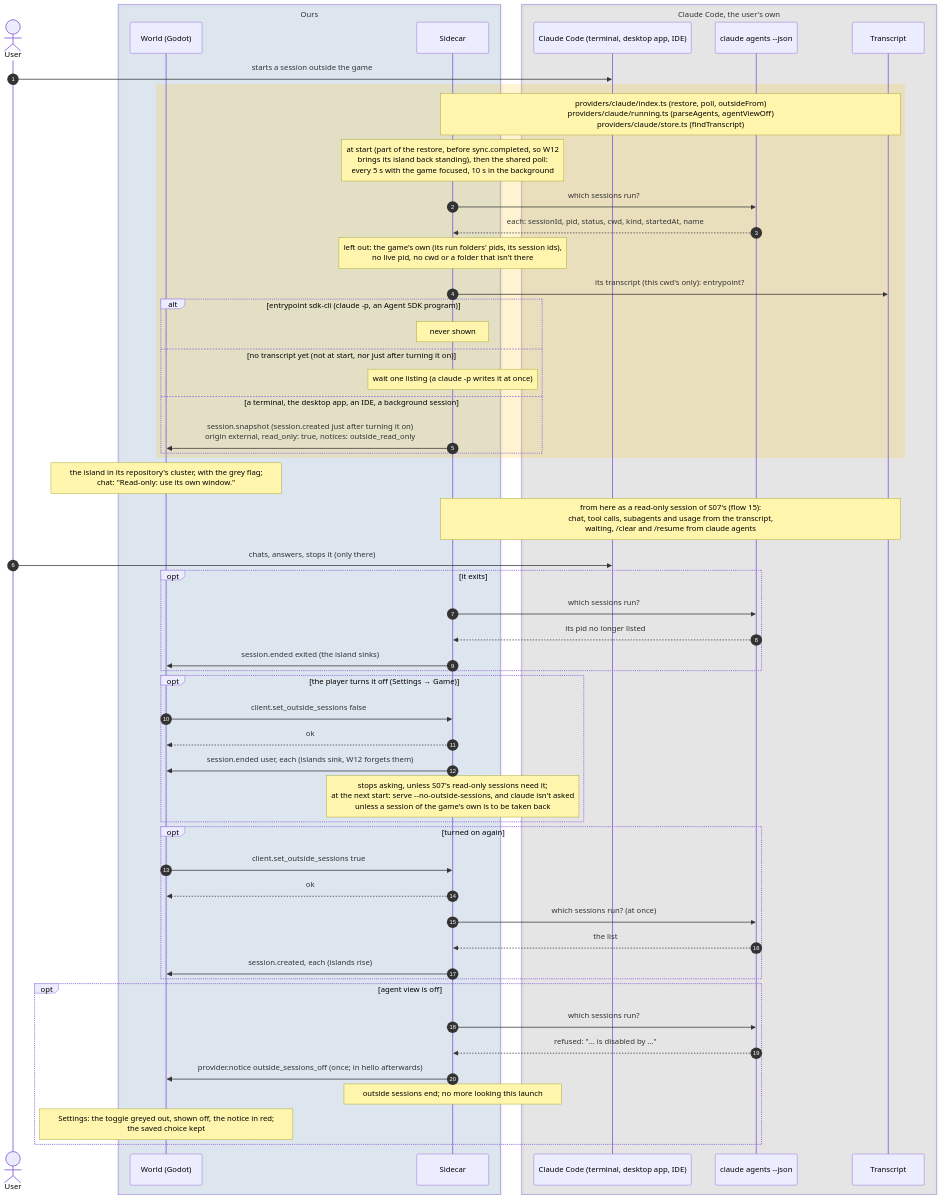
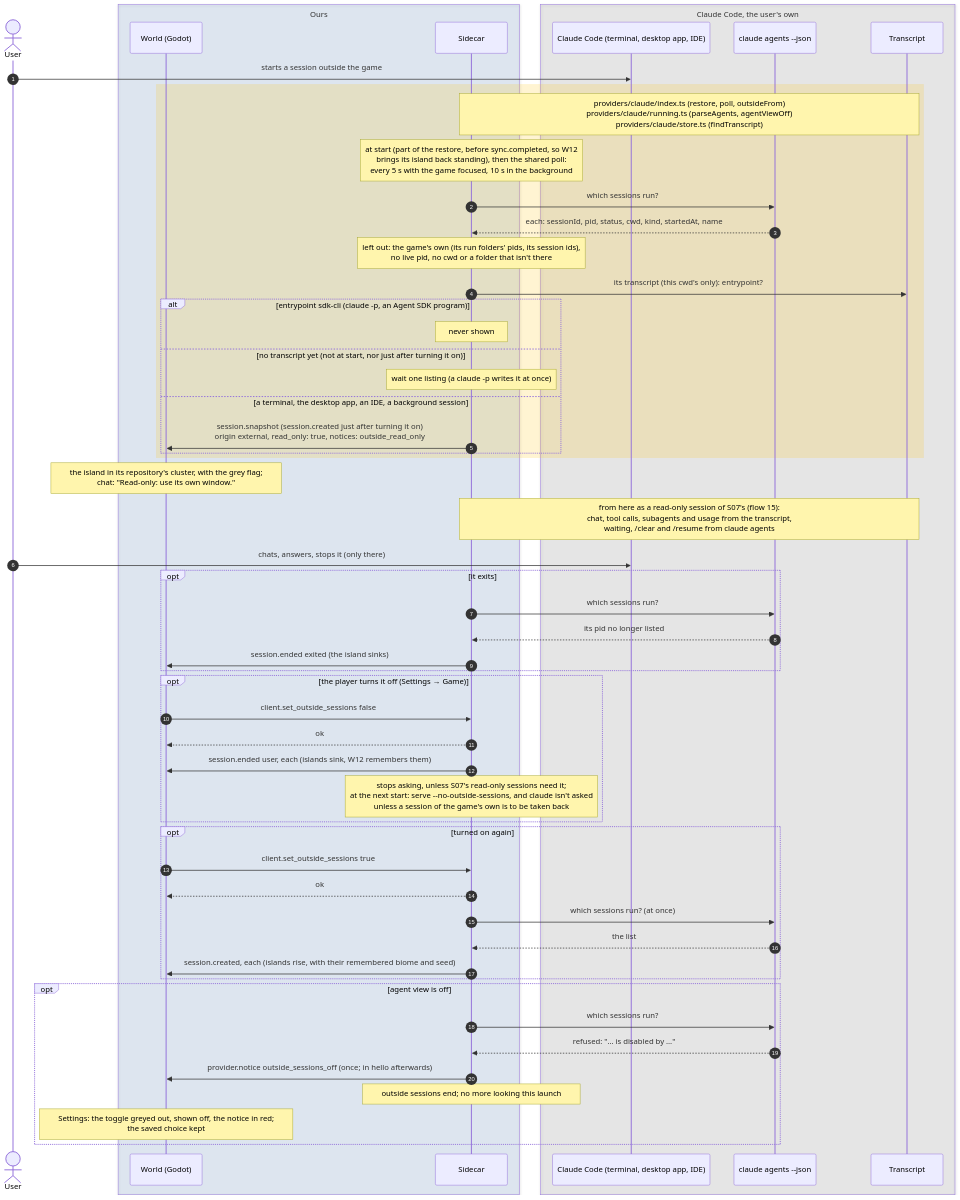
Before and after one commit to PaoloPortugal/The-Beach: the diagram in docs/diagrams/sequence/16-outside-sessions.md, drawn with Mermaid. The commit also changed 8 other files, not shown here.

Commit message:
S08 review fixes: privacy text matches outside entries kept (NOTES Private by default, What it keeps, C10, GUIDE), mid-game rise keeps biome and seed only (docs), outside_shown_by tested, a signal-ended claude not called a timeout, flows 14 and 16, open point for a failed first listing

````diff
--- a/docs/diagrams/sequence/16-outside-sessions.md
+++ b/docs/diagrams/sequence/16-outside-sessions.md
@@ -7,61 +7,61 @@
 ```mermaid
 sequenceDiagram
     autonumber
     actor User
 
     box rgba(47,111,191,0.12) Ours
         participant World as World (Godot)
         participant Sidecar
     end
 
     box rgba(128,128,128,0.14) Claude Code, the user's own
         participant Claude as Claude Code (terminal, desktop app, IDE)
         participant Agents as claude agents --json
         participant Log as Transcript
     end
 
     User->>Claude: starts a session outside the game
     rect rgba(255,193,7,0.18)
         Note over Sidecar,Log: providers/claude/index.ts (restore, poll, outsideFrom)<br/>providers/claude/running.ts (parseAgents, agentViewOff)<br/>providers/claude/store.ts (findTranscript)
         Note over Sidecar: at start (part of the restore, before sync.completed, so W12<br/>brings its island back standing), then the shared poll:<br/>every 5 s with the game focused, 10 s in the background
         Sidecar->>Agents: which sessions run?
         Agents-->>Sidecar: each: sessionId, pid, status, cwd, kind, startedAt, name
         Note over Sidecar: left out: the game's own (its run folders' pids, its session ids),<br/>no live pid, no cwd or a folder that isn't there
         Sidecar->>Log: its transcript (this cwd's only): entrypoint?
         alt entrypoint sdk-cli (claude -p, an Agent SDK program)
             Note over Sidecar: never shown
         else no transcript yet (not at start, nor just after turning it on)
             Note over Sidecar: wait one listing (a claude -p writes it at once)
         else a terminal, the desktop app, an IDE, a background session
             Sidecar->>World: session.snapshot (session.created just after turning it on)<br/>origin external, read_only: true, notices: outside_read_only
         end
     end
     Note over World: the island in its repository's cluster, with the grey flag#59;<br/>chat: "Read-only: use its own window."
     Note over Sidecar,Log: from here as a read-only session of S07's (flow 15):<br/>chat, tool calls, subagents and usage from the transcript,<br/>waiting, /clear and /resume from claude agents
     User->>Claude: chats, answers, stops it (only there)
     opt it exits
         Sidecar->>Agents: which sessions run?
         Agents-->>Sidecar: its pid no longer listed
         Sidecar->>World: session.ended exited (the island sinks)
     end
     opt the player turns it off (Settings → Game)
         World->>Sidecar: client.set_outside_sessions false
         Sidecar-->>World: ok
-        Sidecar->>World: session.ended user, each (islands sink, W12 forgets them)
+        Sidecar->>World: session.ended user, each (islands sink, W12 remembers them)
         Note over Sidecar: stops asking, unless S07's read-only sessions need it#59;<br/>at the next start: serve --no-outside-sessions, and claude isn't asked<br/>unless a session of the game's own is to be taken back
     end
     opt turned on again
         World->>Sidecar: client.set_outside_sessions true
         Sidecar-->>World: ok
         Sidecar->>Agents: which sessions run? (at once)
         Agents-->>Sidecar: the list
-        Sidecar->>World: session.created, each (islands rise)
+        Sidecar->>World: session.created, each (islands rise, with their remembered biome and seed)
     end
     opt agent view is off
         Sidecar->>Agents: which sessions run?
         Agents-->>Sidecar: refused: "… is disabled by …"
         Sidecar->>World: provider.notice outside_sessions_off (once#59; in hello afterwards)
         Note over Sidecar: outside sessions end#59; no more looking this launch
         Note over World: Settings: the toggle greyed out, shown off, the notice in red#59;<br/>the saved choice kept
     end
 ```
````
